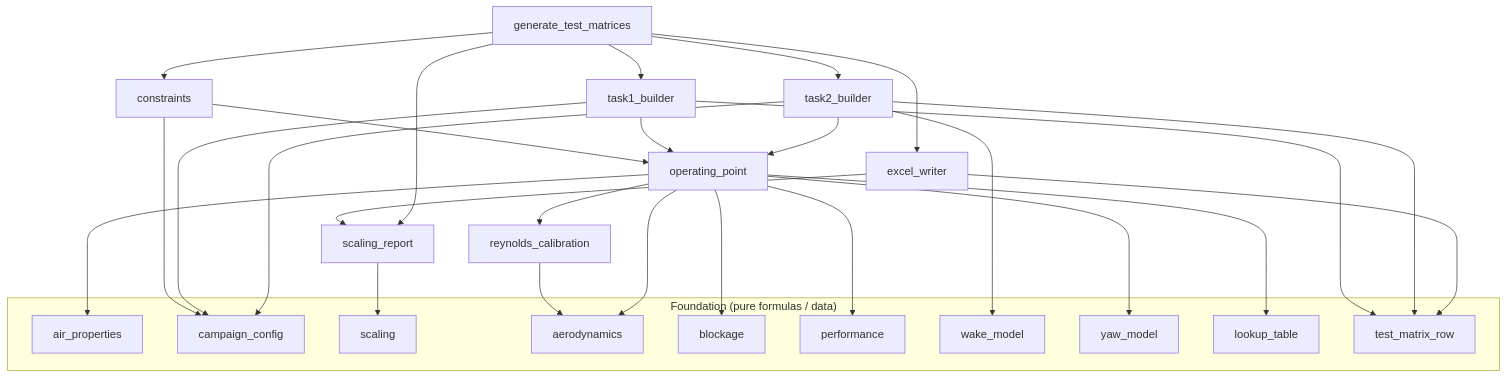
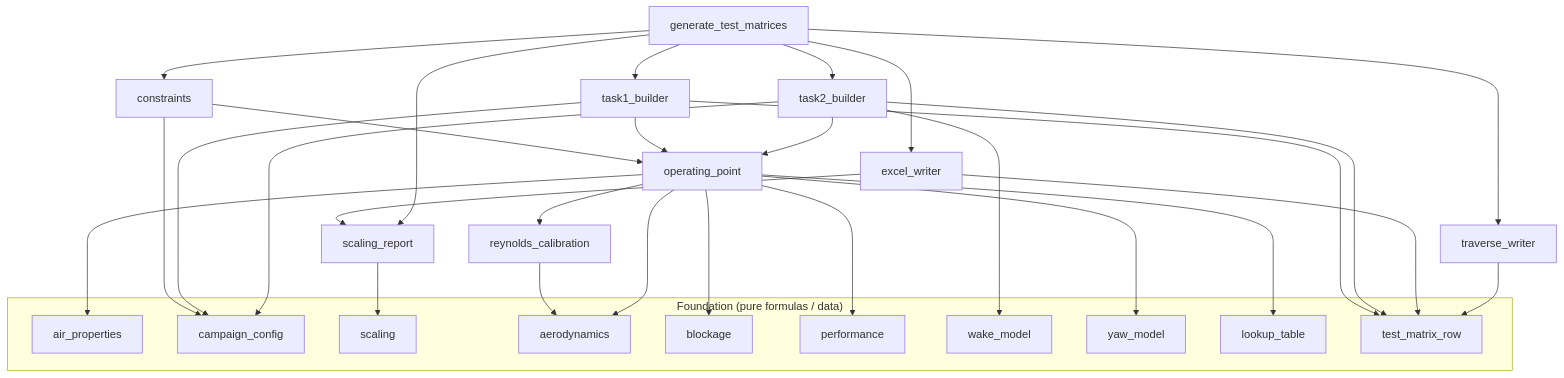
Before and after one commit to GeorgeLeatherby/wind-tunnel-testing: the first of 2 diagrams in README.md, drawn with Mermaid. The commit also changed other lines of this file and 11 other files, not shown here.

````diff
--- a/README.md
+++ b/README.md
@@ -180,40 +192,42 @@
 ```mermaid
 graph TD
     subgraph Foundation["Foundation (pure formulas / data)"]
         AC[air_properties]
         CFG[campaign_config]
         SC[scaling]
         AE[aerodynamics]
         BL[blockage]
         PF[performance]
         WM[wake_model]
         YM[yaw_model]
         LT[lookup_table]
         TR[test_matrix_row]
     end
     RC[reynolds_calibration] --> AE
     SR[scaling_report] --> SC
     OP[operating_point] --> AE
     OP --> AC
     OP --> BL
     OP --> LT
     OP --> PF
     OP --> RC
     OP --> YM
     CN[constraints] --> CFG
     CN --> OP
     T1[task1_builder] --> CFG
     T1 --> OP
     T1 --> TR
     T2[task2_builder] --> CFG
     T2 --> OP
     T2 --> TR
     T2 --> WM
     EW[excel_writer] --> SR
     EW --> TR
+    TW[traverse_writer] --> TR
     MAIN[generate_test_matrices] --> T1
     MAIN --> T2
     MAIN --> EW
+    MAIN --> TW
     MAIN --> CN
     MAIN --> SR
 ```
````
